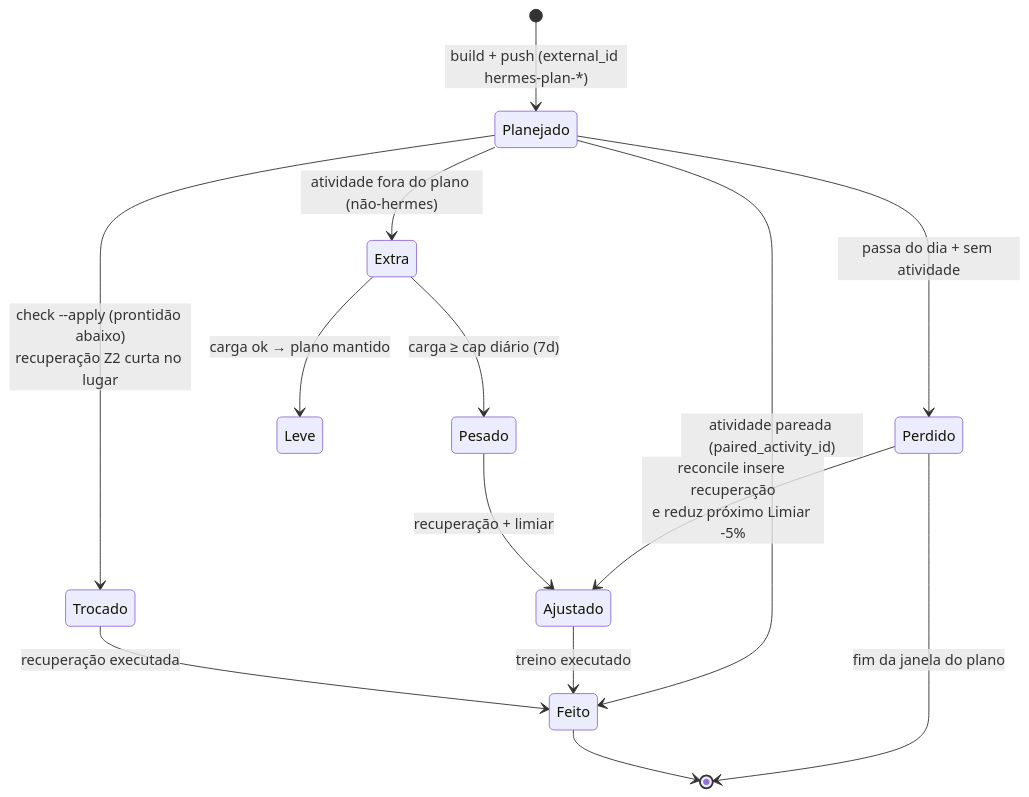
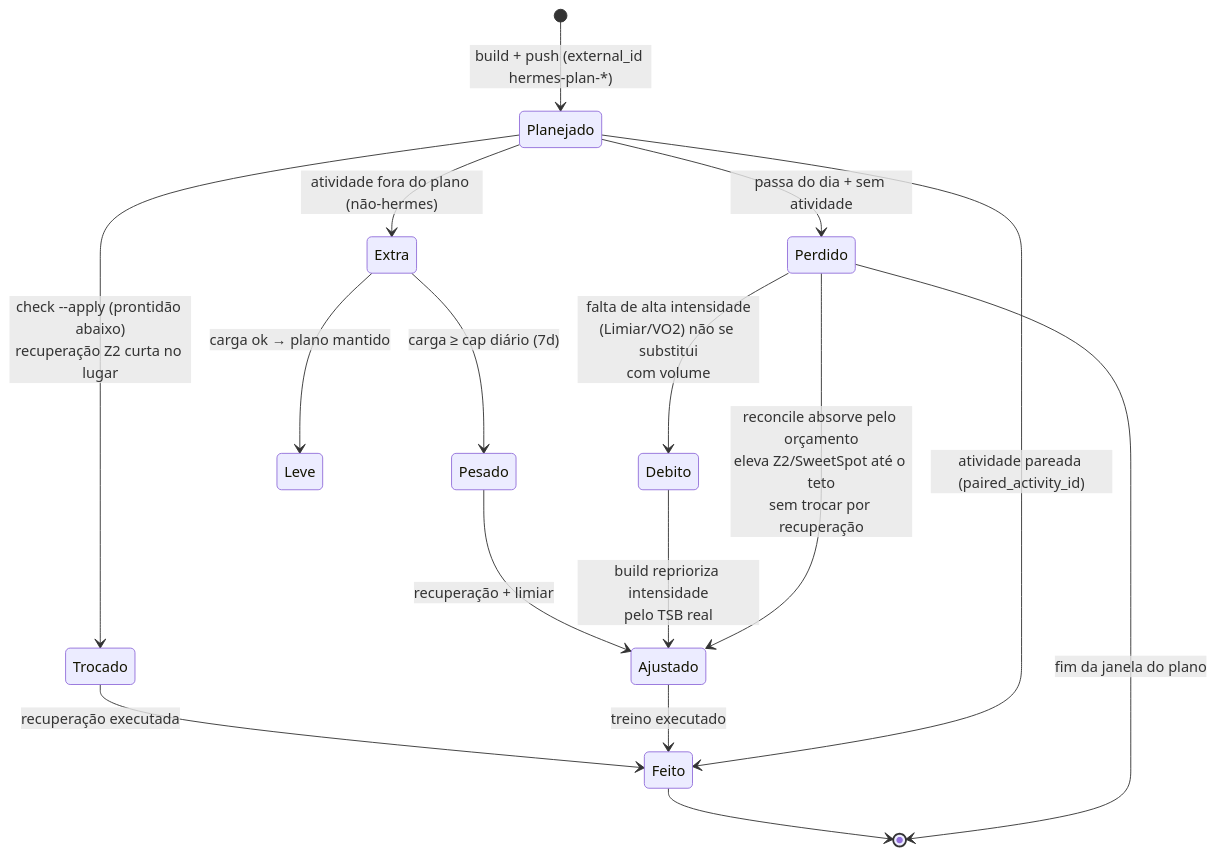
Before and after one commit to valdelin/Hermes-coach: the sixth of 6 diagrams in docs/DIAGRAMAS.md, drawn with Mermaid. The commit also changed other lines of this file and 15 other files, not shown here.

````diff
--- a/docs/DIAGRAMAS.md
+++ b/docs/DIAGRAMAS.md
@@ -342,16 +342,18 @@
 ```mermaid
 stateDiagram-v2
     [*] --> Planejado : build + push (external_id hermes-plan-*)
     Planejado --> Feito : atividade pareada (paired_activity_id)
     Planejado --> Perdido : passa do dia + sem atividade
     Planejado --> Trocado : check --apply (prontidão abaixo)<br/>recuperação Z2 curta no lugar
-    Perdido --> Ajustado : reconcile insere recuperação<br/>e reduz próximo Limiar -5%
+    Perdido --> Ajustado : reconcile absorve pelo orçamento<br/>eleva Z2/SweetSpot até o teto<br/>sem trocar por recuperação
+    Perdido --> Debito : falta de alta intensidade<br/>(Limiar/VO2) não se substitui<br/>com volume
+    Debito --> Ajustado : build reprioriza intensidade<br/>pelo TSB real
     Planejado --> Extra : atividade fora do plano (não-hermes)
     Extra --> Leve : carga ok → plano mantido
     Extra --> Pesado : carga ≥ cap diário (7d)
     Pesado --> Ajustado : recuperação + limiar
     Ajustado --> Feito : treino executado
     Trocado --> Feito : recuperação executada
     Perdido --> [*] : fim da janela do plano
     Feito --> [*]
 ```
````
